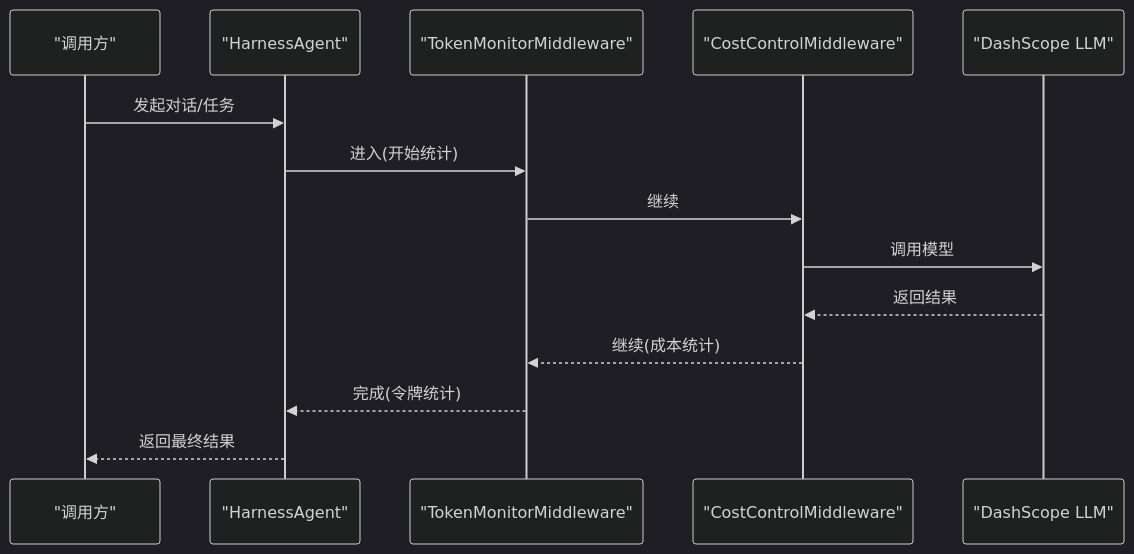
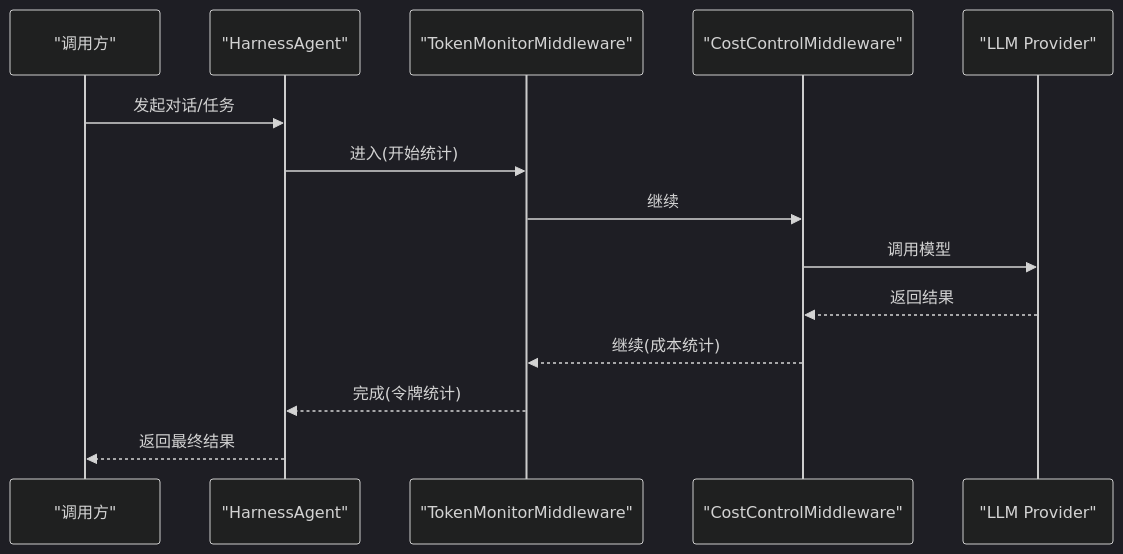
The fourth of 4 diagrams in .qoder/repowiki/zh/content/Spring Boot 集成架构.md (Miss-zhi/OfferPilot), drawn with Mermaid (dark theme) before and after one commit. The commit also changed other lines of this file and 117 other files, not shown here.

````diff
--- a/.qoder/repowiki/zh/content/Spring Boot 集成架构.md
+++ b/.qoder/repowiki/zh/content/Spring Boot 集成架构.md
@@ -166,16 +271,16 @@
 ```mermaid
 sequenceDiagram
 participant Client as "调用方"
 participant Agent as "HarnessAgent"
 participant M1 as "TokenMonitorMiddleware"
 participant M2 as "CostControlMiddleware"
-participant LLM as "DashScope LLM"
+participant LLM as "LLM Provider"
 Client->>Agent : 发起对话/任务
 Agent->>M1 : 进入(开始统计)
 M1->>M2 : 继续
 M2->>LLM : 调用模型
 LLM-->>M2 : 返回结果
 M2-->>M1 : 继续(成本统计)
 M1-->>Agent : 完成(令牌统计)
 Agent-->>Client : 返回最终结果
 ```
````
